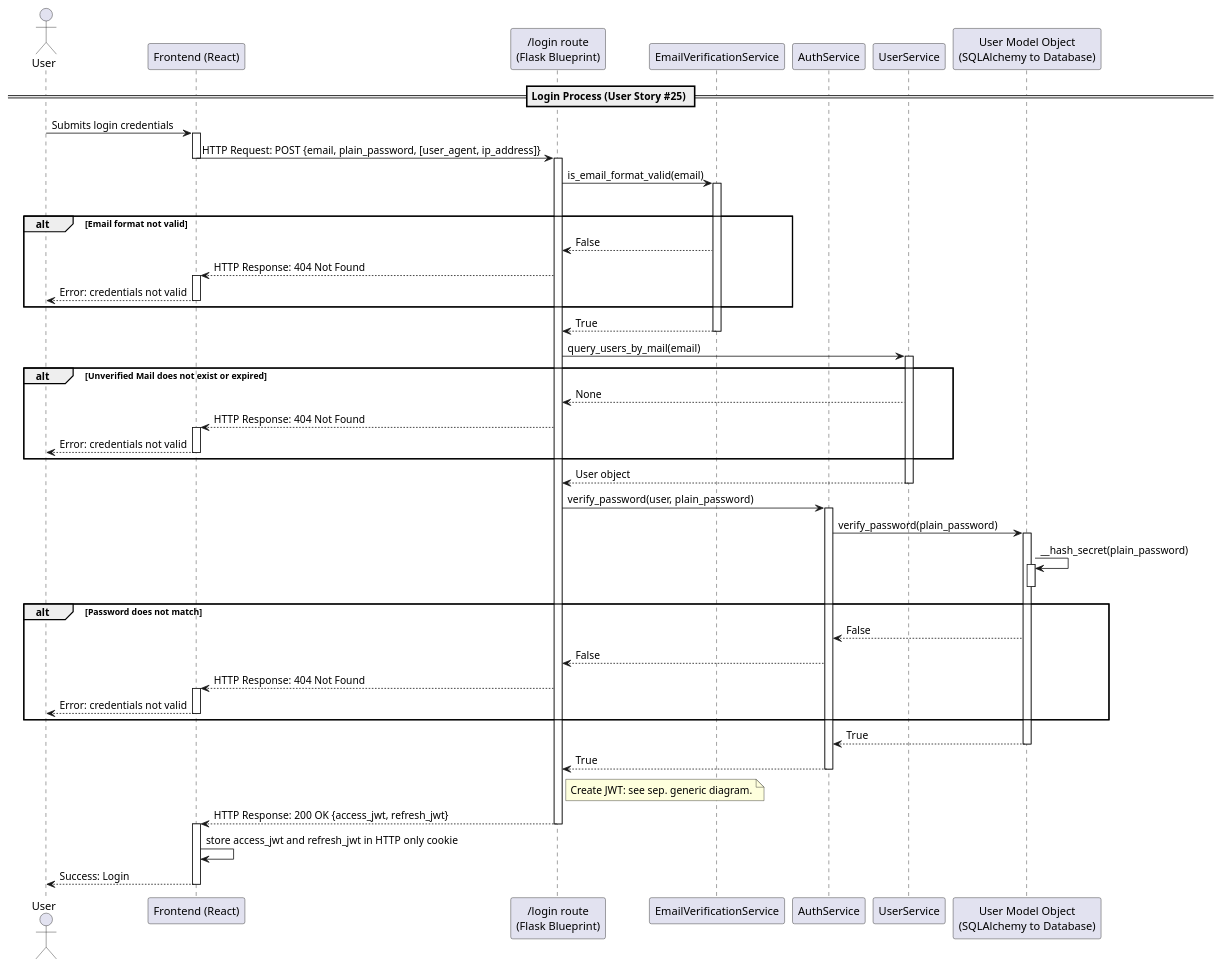
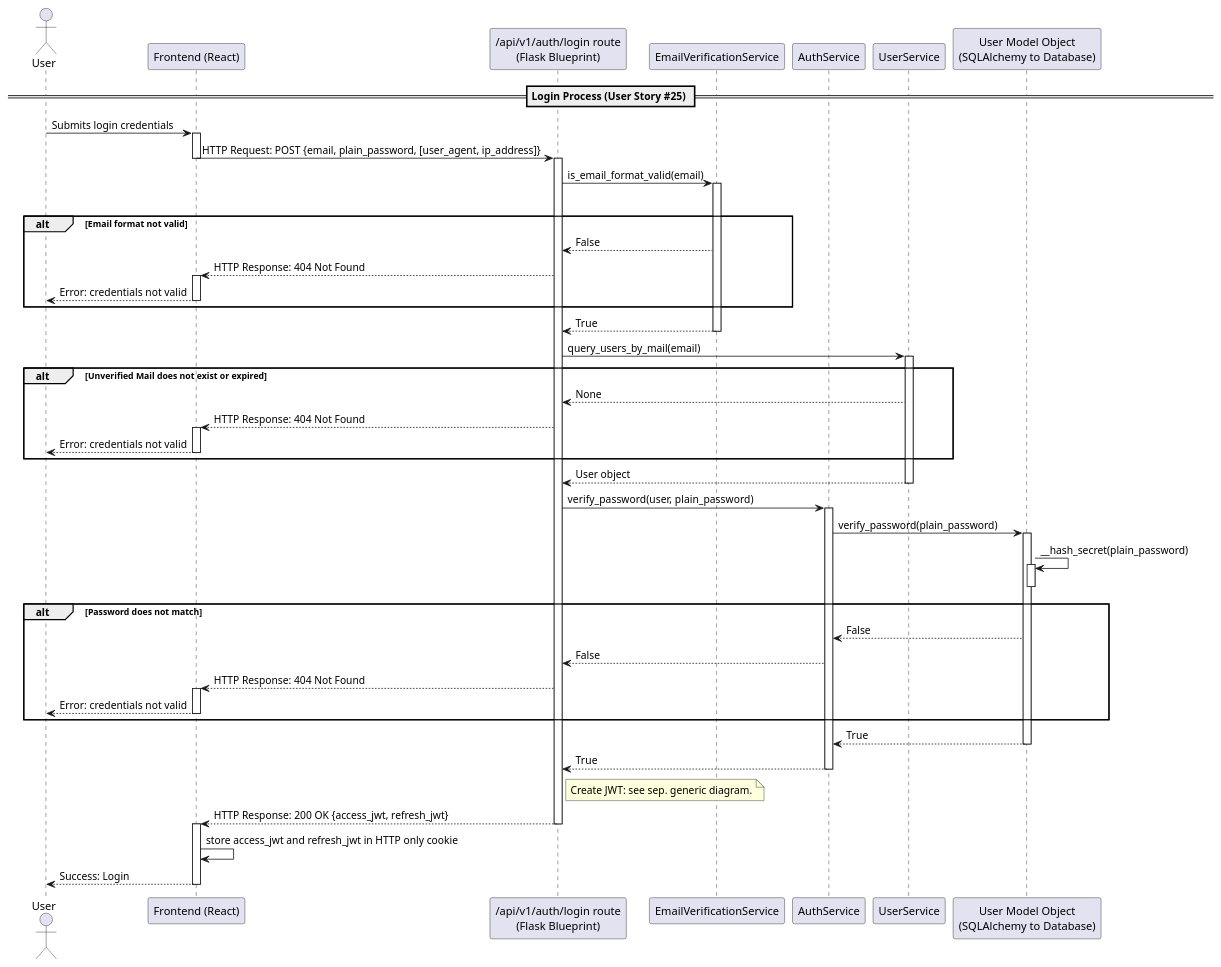
One commit to dominikoetiker/TheMentalLoadHub changed the diagram in docs/src/diagrams/uml/sequence/account_management/authentication_process/login.puml. Above: the diagram before and after it, drawn with PlantUML. The commit also changed 26 other files, not shown here.

Commit message:
Update README and UML diagrams to reflect a more RESTful API naming

```diff
--- a/docs/src/diagrams/uml/sequence/account_management/authentication_process/login.puml
+++ b/docs/src/diagrams/uml/sequence/account_management/authentication_process/login.puml
@@ -1,65 +1,65 @@
 @startuml LoginSequence
-actor "User" as AppUser
+actor "User" as User
 participant "Frontend (React)" as FE
-participant "/login route\n(Flask Blueprint)" as LR
+participant "/api/v1/auth/login route\n(Flask Blueprint)" as ALiR
 participant "EmailVerificationService" as ES
 participant "AuthService" as AS
 participant "UserService" as US
 participant "User Model Object\n(SQLAlchemy to Database)" as UM
 
 == Login Process (User Story #25) ==
-AppUser -> FE: Submits login credentials
+User -> FE: Submits login credentials
 activate FE
-FE -> LR : HTTP Request: POST {email, plain_password, [user_agent, ip_address]}
+FE -> ALiR : HTTP Request: POST {email, plain_password, [user_agent, ip_address]}
 deactivate FE
-activate LR
-LR -> ES : is_email_format_valid(email)
+activate ALiR
+ALiR -> ES : is_email_format_valid(email)
 activate ES
 alt
 alt Email format not valid
-    LR <-- ES : False
-    FE <-- LR : HTTP Response: 404 Not Found
+    ALiR <-- ES : False
+    FE <-- ALiR : HTTP Response: 404 Not Found
     activate FE
-    AppUser <-- FE : Error: credentials not valid
+    User <-- FE : Error: credentials not valid
     deactivate FE
 end
-LR <-- ES : True
+ALiR <-- ES : True
 deactivate ES
-LR -> US : query_users_by_mail(email)
+ALiR -> US : query_users_by_mail(email)
 activate US
 alt Unverified Mail does not exist or expired
-    LR <-- US : None
-    FE <-- LR : HTTP Response: 404 Not Found
+    ALiR <-- US : None
+    FE <-- ALiR : HTTP Response: 404 Not Found
     activate FE
-    AppUser <-- FE : Error: credentials not valid
+    User <-- FE : Error: credentials not valid
     deactivate FE
 end
-LR <-- US : User object
+ALiR <-- US : User object
 deactivate US
-LR -> AS : verify_password(user, plain_password)
+ALiR -> AS : verify_password(user, plain_password)
 activate AS
 AS -> UM : verify_password(plain_password)
 activate UM
 UM -> UM : __hash_secret(plain_password)
 activate UM
 deactivate UM
 alt Password does not match
     AS <-- UM : False
-    LR <-- AS : False
-    FE <-- LR : HTTP Response: 404 Not Found
+    ALiR <-- AS : False
+    FE <-- ALiR : HTTP Response: 404 Not Found
     activate FE
-    AppUser <-- FE : Error: credentials not valid
+    User <-- FE : Error: credentials not valid
     deactivate FE
 end
 AS <-- UM : True
 deactivate UM
-LR <-- AS : True
+ALiR <-- AS : True
 deactivate AS
-note right of LR : Create JWT: see sep. generic diagram.
-FE <-- LR : HTTP Response: 200 OK {access_jwt, refresh_jwt}
-deactivate LR
+note right of ALiR : Create JWT: see sep. generic diagram.
+FE <-- ALiR : HTTP Response: 200 OK {access_jwt, refresh_jwt}
+deactivate ALiR
 activate FE
 FE -> FE : store access_jwt and refresh_jwt in HTTP only cookie
-AppUser <-- FE : Success: Login
+User <-- FE : Success: Login
 deactivate FE
 @enduml
```
